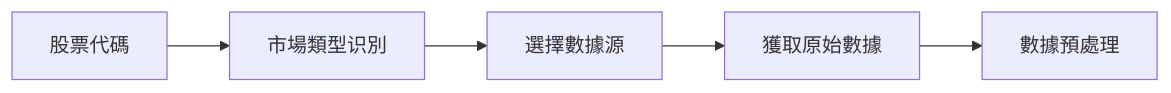
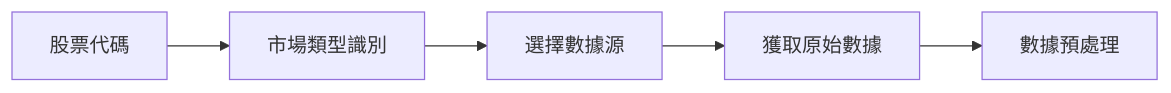
Before and after one commit to aiinpocket/TradingAgents-CN: the first of 3 diagrams in docs/agents/v0.1.13/analysts.md, drawn with Mermaid. The commit also changed other lines of this file and 277 other files, not shown here.

````diff
--- a/docs/agents/v0.1.13/analysts.md
+++ b/docs/agents/v0.1.13/analysts.md
@@ -213,7 +187,7 @@
 ```mermaid
 graph LR
-    A[股票代碼] --> B[市場類型识別]
+    A[股票代碼] --> B[市場類型識別]
     B --> C[選擇數據源]
     C --> D[獲取原始數據]
     D --> E[數據預處理]
 ```
````
